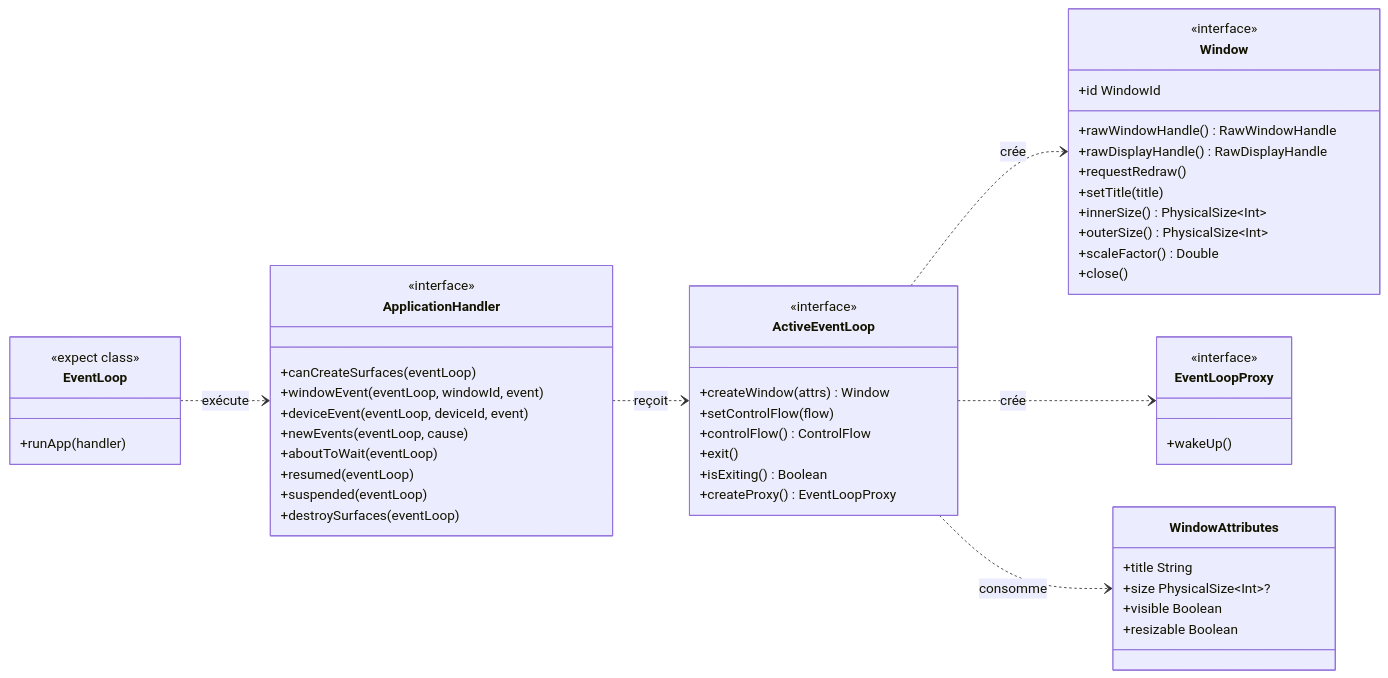
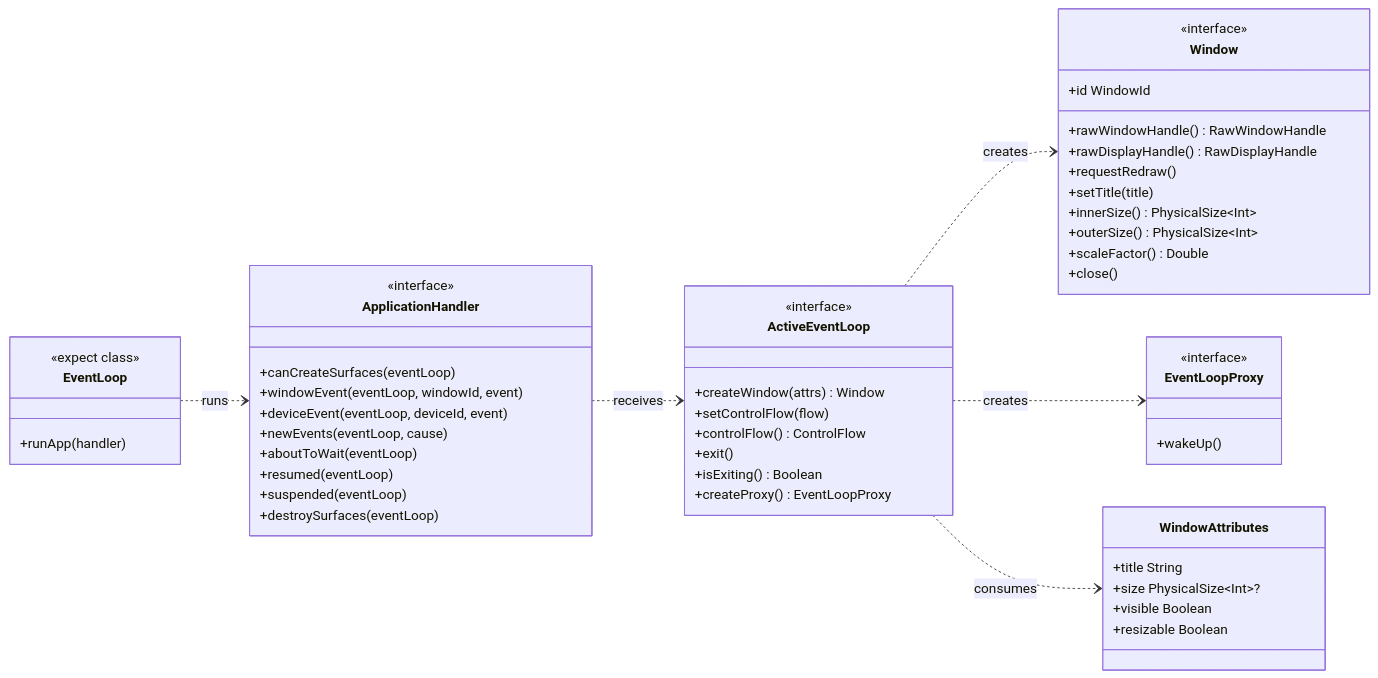
The second of 4 diagrams in docs/koreos/specs.md (ygdrasil-io/poc-koreos), drawn with Mermaid before and after one commit. The commit also changed other lines of this file and 47 other files, not shown here.

````diff
--- a/docs/koreos/specs.md
+++ b/docs/koreos/specs.md
@@ -145,62 +145,62 @@
 ```mermaid
 classDiagram
     direction LR
 
     class ApplicationHandler {
         <<interface>>
         +canCreateSurfaces(eventLoop)
         +windowEvent(eventLoop, windowId, event)
         +deviceEvent(eventLoop, deviceId, event)
         +newEvents(eventLoop, cause)
         +aboutToWait(eventLoop)
         +resumed(eventLoop)
         +suspended(eventLoop)
         +destroySurfaces(eventLoop)
     }
 
     class ActiveEventLoop {
         <<interface>>
         +createWindow(attrs) Window
         +setControlFlow(flow)
         +controlFlow() ControlFlow
         +exit()
         +isExiting() Boolean
         +createProxy() EventLoopProxy
     }
 
     class Window {
         <<interface>>
         +id WindowId
         +rawWindowHandle() RawWindowHandle
         +rawDisplayHandle() RawDisplayHandle
         +requestRedraw()
         +setTitle(title)
         +innerSize() PhysicalSize~Int~
         +outerSize() PhysicalSize~Int~
         +scaleFactor() Double
         +close()
     }
 
     class EventLoop {
         <<expect class>>
         +runApp(handler)
     }
 
     class EventLoopProxy {
         <<interface>>
         +wakeUp()
     }
 
     class WindowAttributes {
         +title String
         +size PhysicalSize~Int~?
         +visible Boolean
         +resizable Boolean
     }
 
-    EventLoop ..> ApplicationHandler : exécute
-    ApplicationHandler ..> ActiveEventLoop : reçoit
-    ActiveEventLoop ..> Window : crée
-    ActiveEventLoop ..> EventLoopProxy : crée
-    ActiveEventLoop ..> WindowAttributes : consomme
+    EventLoop ..> ApplicationHandler : runs
+    ApplicationHandler ..> ActiveEventLoop : receives
+    ActiveEventLoop ..> Window : creates
+    ActiveEventLoop ..> EventLoopProxy : creates
+    ActiveEventLoop ..> WindowAttributes : consumes
 ```
````
